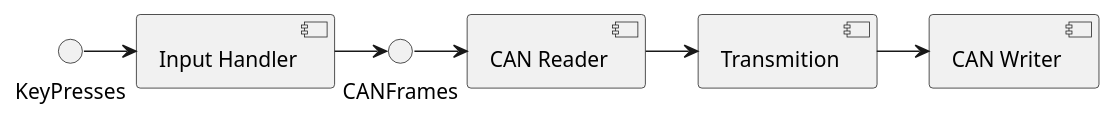
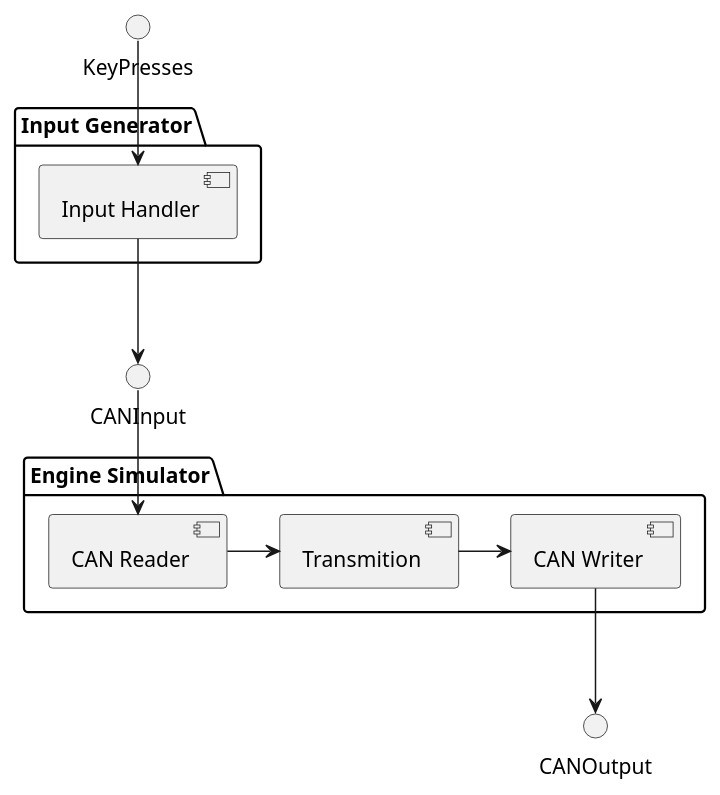
The diagram in UserCases/ComponentDiag.PLANTUML (pepema/EGsim), drawn with PlantUML before and after one commit.

Commit message:
Upadted Component diag

```diff
--- a/UserCases/ComponentDiag.PLANTUML
+++ b/UserCases/ComponentDiag.PLANTUML
@@ -1,8 +1,20 @@
-@startuml
+@startuml Component Diagram
 
-KeyPresses -> [Input Handler]
-[Input Handler] -> CANFrames
-CANFrames -> [CAN Reader]
+package "Input Generator"{
+    [Input Handler]
+}
+
+package "Engine Simulator"{
+    [CAN Reader]
+    [Transmition]
+    [CAN Writer]
+}
+
+KeyPresses --> [Input Handler]
+[Input Handler] --> CANInput
+CANInput --> [CAN Reader]
 [CAN Reader] -> [Transmition]
 [Transmition] ->  [CAN Writer]
+[CAN Writer] --> CANOutput
+
 @enduml
```
